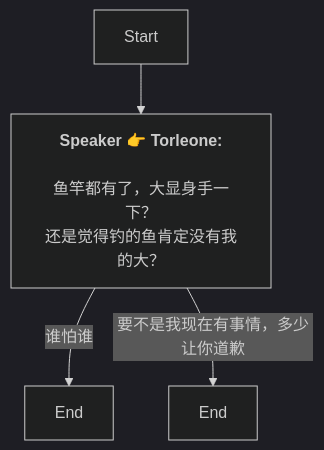
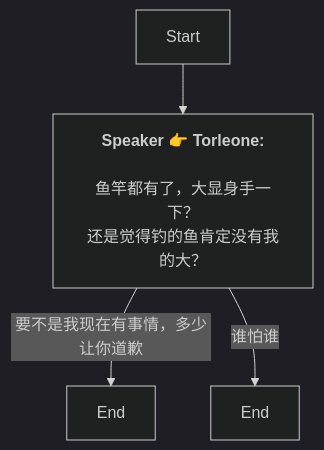
The diagram in Zh/QuestTalkObjectiveNode_1773842521766208.md (SoftHu/tos_avg), drawn with Mermaid (dark theme) before and after one commit. The commit also changed other lines of this file and 780 other files, not shown here.

````diff
--- a/Zh/QuestTalkObjectiveNode_1773842521766208.md
+++ b/Zh/QuestTalkObjectiveNode_1773842521766208.md
@@ -1,8 +1,8 @@
 ```mermaid
 graph
 Start -->1773842593028421[<b>Speaker 👉 Torleone:</b>
 \n鱼竿都有了，大显身手一下？\n还是觉得钓的鱼肯定没有我的大？]
+1773842593028421 -->|要不是我现在有事情，多少让你道歉|1773842578785604[End]
 1773842593028421 -->|谁怕谁|1773842567423299[End]
-1773842593028421 -->|要不是我现在有事情，多少让你道歉|1773842578785604[End]
 
 ```
````
